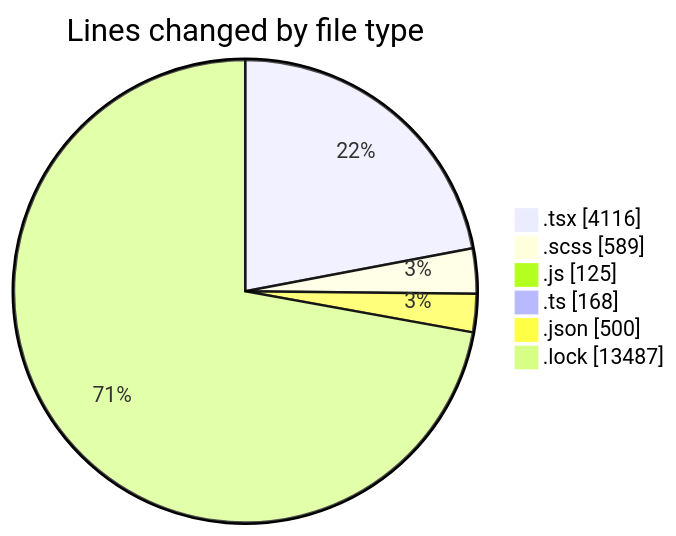
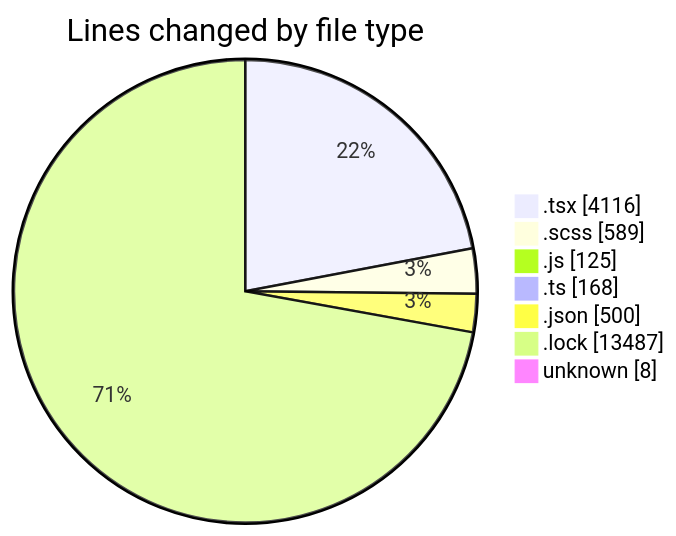
The first of 2 diagrams in 2026-04-24/cda/README.md (momahboobian/code-tracking), drawn with Mermaid before and after one commit. The commit also changed other lines of this file and 1 other file, not shown here.

````diff
--- a/2026-04-24/cda/README.md
+++ b/2026-04-24/cda/README.md
@@ -48,10 +49,11 @@
 ```mermaid
 pie showData
 title Lines changed by file type
 ".tsx" : 4116
 ".scss" : 589
 ".js" : 125
 ".ts" : 168
 ".json" : 500
 ".lock" : 13487
+"unknown" : 8
 ```
````
